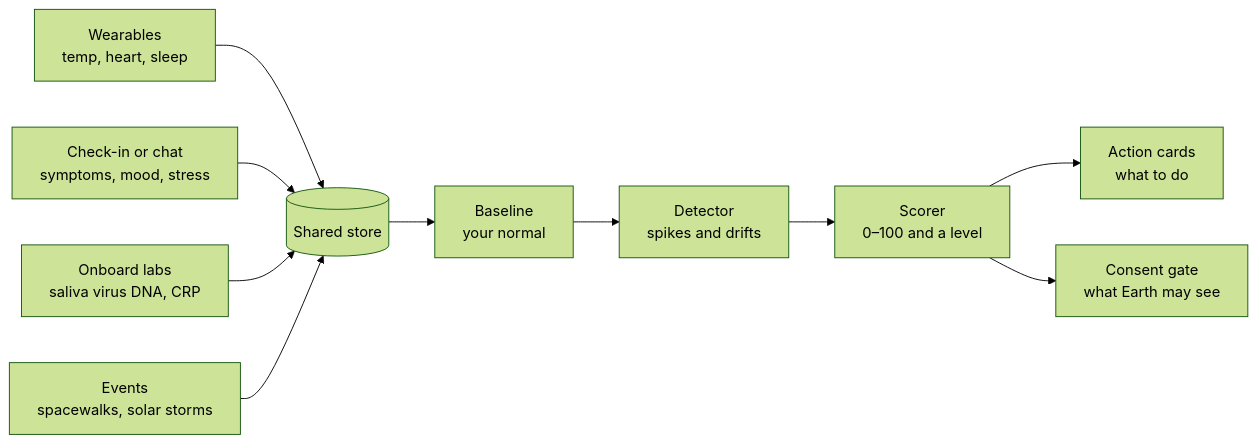
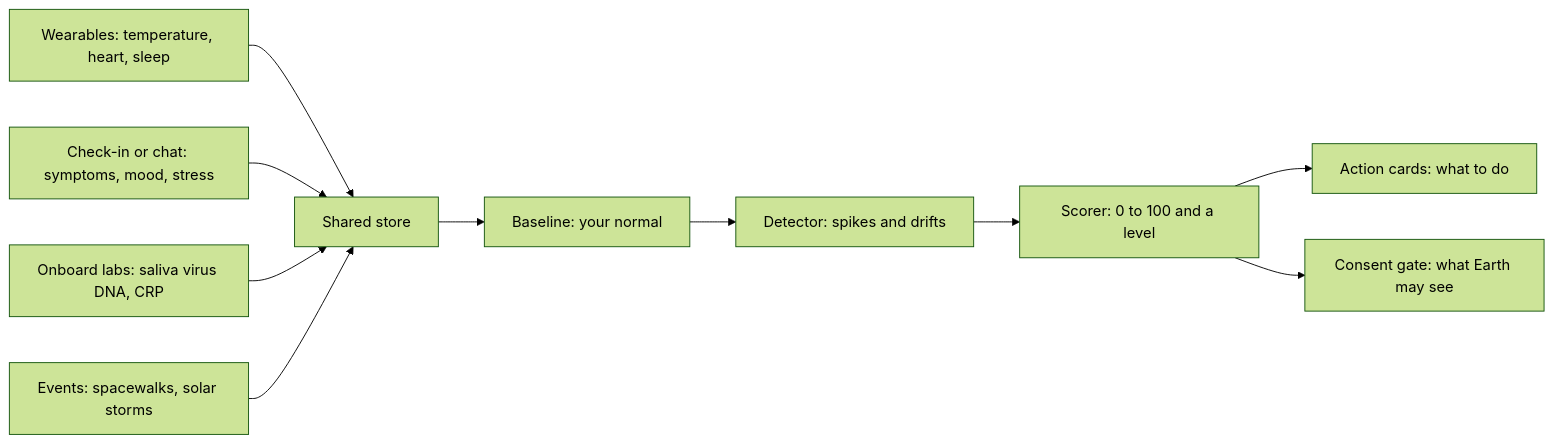
One commit to rdenis03/spacemontoringsoftware changed the first of 2 diagrams in README.md. Above: the diagram before and after it, drawn with Mermaid (forest theme). The commit also changed other lines of this file, not shown here.

Commit message:
Docs: simpler diagrams

````diff
--- a/README.md
+++ b/README.md
@@ -57,12 +57,12 @@
 ```mermaid
 flowchart LR
-  W[Wearables<br/>temp, heart, sleep] --> S[(Shared store)]
-  C[Check-in or chat<br/>symptoms, mood, stress] --> S
-  L[Onboard labs<br/>saliva virus DNA, CRP] --> S
-  E[Events<br/>spacewalks, solar storms] --> S
-  S --> B[Baseline<br/>your normal]
-  B --> D[Detector<br/>spikes and drifts]
-  D --> R[Scorer<br/>0–100 and a level]
-  R --> A[Action cards<br/>what to do]
-  R --> G[Consent gate<br/>what Earth may see]
+  W["Wearables: temperature, heart, sleep"] --> S["Shared store"]
+  C["Check-in or chat: symptoms, mood, stress"] --> S
+  L["Onboard labs: saliva virus DNA, CRP"] --> S
+  E["Events: spacewalks, solar storms"] --> S
+  S --> B["Baseline: your normal"]
+  B --> D["Detector: spikes and drifts"]
+  D --> R["Scorer: 0 to 100 and a level"]
+  R --> A["Action cards: what to do"]
+  R --> G["Consent gate: what Earth may see"]
 ```
````
